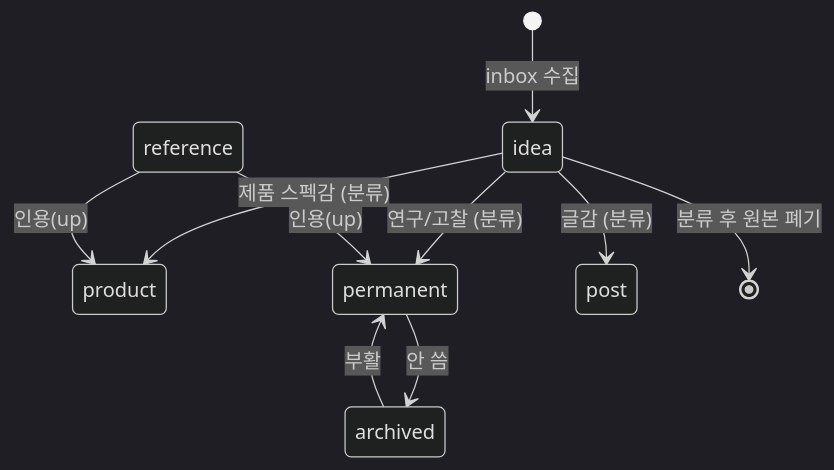
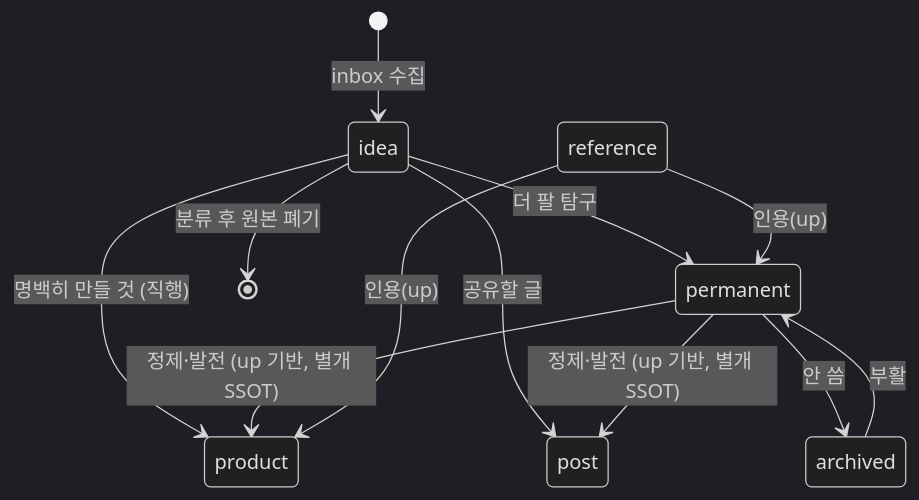
The diagram in products/kknaks-dev/20-spec/spec-003-knowledge-workflow.md (kknaks/kknaks_profile), drawn with Mermaid (dark theme) before and after one commit. The commit also changed other lines of this file and 3 other files, not shown here.

````diff
--- a/products/kknaks-dev/20-spec/spec-003-knowledge-workflow.md
+++ b/products/kknaks-dev/20-spec/spec-003-knowledge-workflow.md
@@ -83,12 +93,14 @@
 ```mermaid
 stateDiagram-v2
     [*] --> idea : inbox 수집
-    idea --> product : 제품 스펙감 (분류)
-    idea --> permanent : 연구/고찰 (분류)
-    idea --> post : 글감 (분류)
+    idea --> product : 명백히 만들 것 (직행)
+    idea --> permanent : 더 팔 탐구
+    idea --> post : 공유할 글
     idea --> [*] : 분류 후 원본 폐기
+    permanent --> product : 정제·발전 (up 기반, 별개 SSOT)
+    permanent --> post : 정제·발전 (up 기반, 별개 SSOT)
     permanent --> archived : 안 씀
     archived --> permanent : 부활
     reference --> permanent : 인용(up)
     reference --> product : 인용(up)
 ```
````
